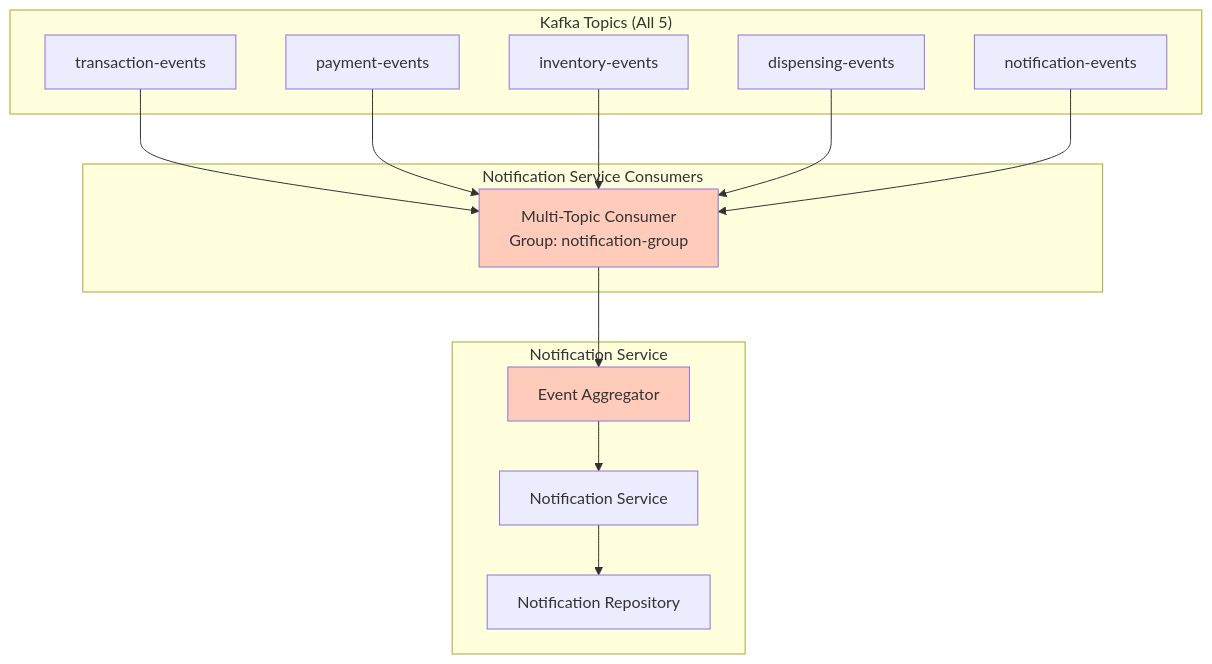
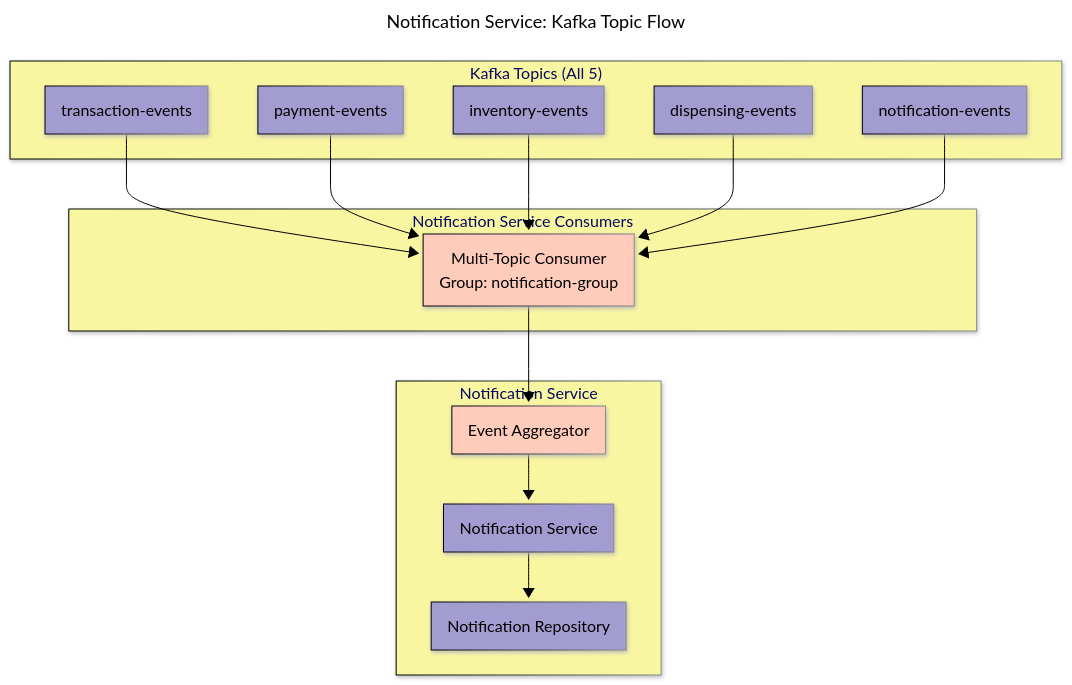
Before and after one commit to BrunoGil-AS/Vending-Machine-Microservices: the fifth of 8 diagrams in Documentation/diagrams/notification-service.md, drawn with Mermaid. The commit also changed other lines of this file and 7 other files, not shown here.

Commit message:
docs: Update service diagrams with new configurations and titles

````diff
--- a/Documentation/diagrams/notification-service.md
+++ b/Documentation/diagrams/notification-service.md
@@ -188,33 +244,47 @@
 ```mermaid
+---
+config:
+  theme: base
+  themeVariables:
+    primaryColor: '#a39cd1ff'
+    primaryTextColor: '#000000'
+    secondaryTextColor: '#ffffffff'
+    primaryBorderColor: '#000000'
+    lineColor: '#000000ff'
+    secondaryColor: '#90b590ff'
+    tertiaryColor: '#f9f6a1ff'
+  look: neo
+title: 'Notification Service: Kafka Topic Flow'
+---
 graph TB
     subgraph "Kafka Topics (All 5)"
         TRANS_TOPIC[transaction-events]
         PAY_TOPIC[payment-events]
         INV_TOPIC[inventory-events]
         DISP_TOPIC[dispensing-events]
         NOTIF_TOPIC[notification-events]
     end
 
     subgraph "Notification Service Consumers"
         KAFKA_CONSUMER[Multi-Topic Consumer<br/>Group: notification-group]
     end
 
     subgraph "Notification Service"
         AGGREGATOR[Event Aggregator]
         SERVICE[Notification Service]
         REPO[Notification Repository]
     end
 
     TRANS_TOPIC --> KAFKA_CONSUMER
     PAY_TOPIC --> KAFKA_CONSUMER
     INV_TOPIC --> KAFKA_CONSUMER
     DISP_TOPIC --> KAFKA_CONSUMER
     NOTIF_TOPIC --> KAFKA_CONSUMER
 
     KAFKA_CONSUMER --> AGGREGATOR
     AGGREGATOR --> SERVICE
     SERVICE --> REPO
 
     style KAFKA_CONSUMER fill:#ffccbc
     style AGGREGATOR fill:#ffccbc
 ```
````
